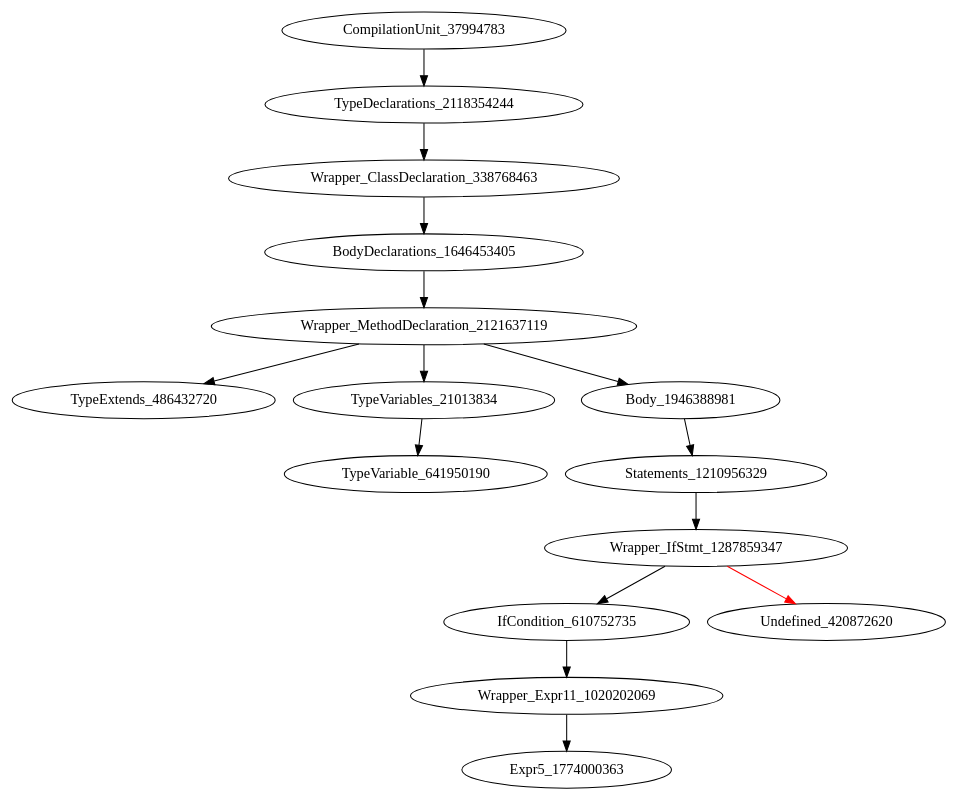
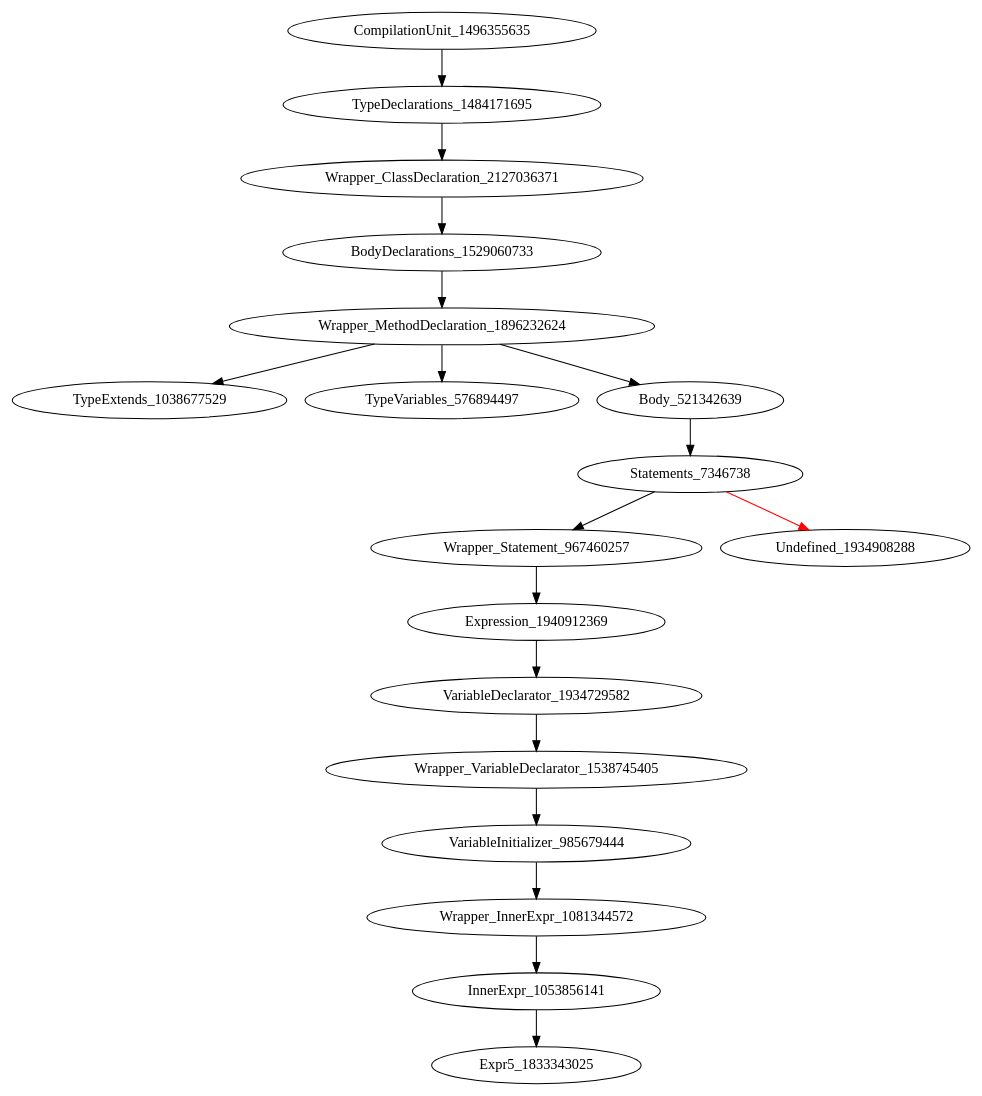
Before and after one commit to icse2023material/VoiceJava: the diagram in holeAST.dot, drawn with Graphviz. The commit also changed 4 other files, not shown here.

```diff
--- a/holeAST.dot
+++ b/holeAST.dot
@@ -1,16 +1,19 @@
 digraph {
-CompilationUnit_37994783 -> TypeDeclarations_2118354244
-TypeDeclarations_2118354244 -> Wrapper_ClassDeclaration_338768463
-Wrapper_ClassDeclaration_338768463 -> BodyDeclarations_1646453405
-BodyDeclarations_1646453405 -> Wrapper_MethodDeclaration_2121637119
-Wrapper_MethodDeclaration_2121637119 -> TypeExtends_486432720
-Wrapper_MethodDeclaration_2121637119 -> TypeVariables_21013834
-Wrapper_MethodDeclaration_2121637119 -> Body_1946388981
-TypeVariables_21013834 -> TypeVariable_641950190
-Body_1946388981 -> Statements_1210956329
-Statements_1210956329 -> Wrapper_IfStmt_1287859347
-Wrapper_IfStmt_1287859347 -> IfCondition_610752735
-Wrapper_IfStmt_1287859347 -> Undefined_420872620 [color = red] 
-IfCondition_610752735 -> Wrapper_Expr11_1020202069
-Wrapper_Expr11_1020202069 -> Expr5_1774000363
+CompilationUnit_1496355635 -> TypeDeclarations_1484171695
+TypeDeclarations_1484171695 -> Wrapper_ClassDeclaration_2127036371
+Wrapper_ClassDeclaration_2127036371 -> BodyDeclarations_1529060733
+BodyDeclarations_1529060733 -> Wrapper_MethodDeclaration_1896232624
+Wrapper_MethodDeclaration_1896232624 -> TypeExtends_1038677529
+Wrapper_MethodDeclaration_1896232624 -> TypeVariables_576894497
+Wrapper_MethodDeclaration_1896232624 -> Body_521342639
+Body_521342639 -> Statements_7346738
+Statements_7346738 -> Wrapper_Statement_967460257
+Statements_7346738 -> Undefined_1934908288 [color = red] 
+Wrapper_Statement_967460257 -> Expression_1940912369
+Expression_1940912369 -> VariableDeclarator_1934729582
+VariableDeclarator_1934729582 -> Wrapper_VariableDeclarator_1538745405
+Wrapper_VariableDeclarator_1538745405 -> VariableInitializer_985679444
+VariableInitializer_985679444 -> Wrapper_InnerExpr_1081344572
+Wrapper_InnerExpr_1081344572 -> InnerExpr_1053856141
+InnerExpr_1053856141 -> Expr5_1833343025
 }
```
